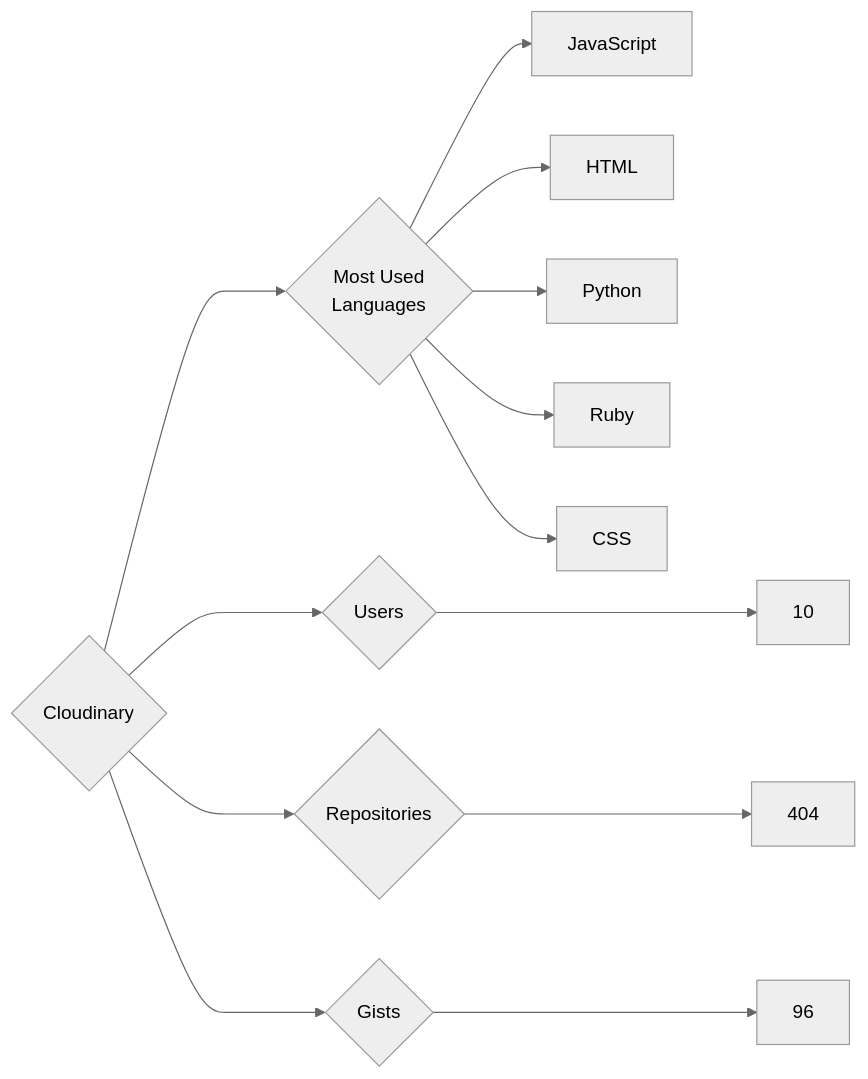
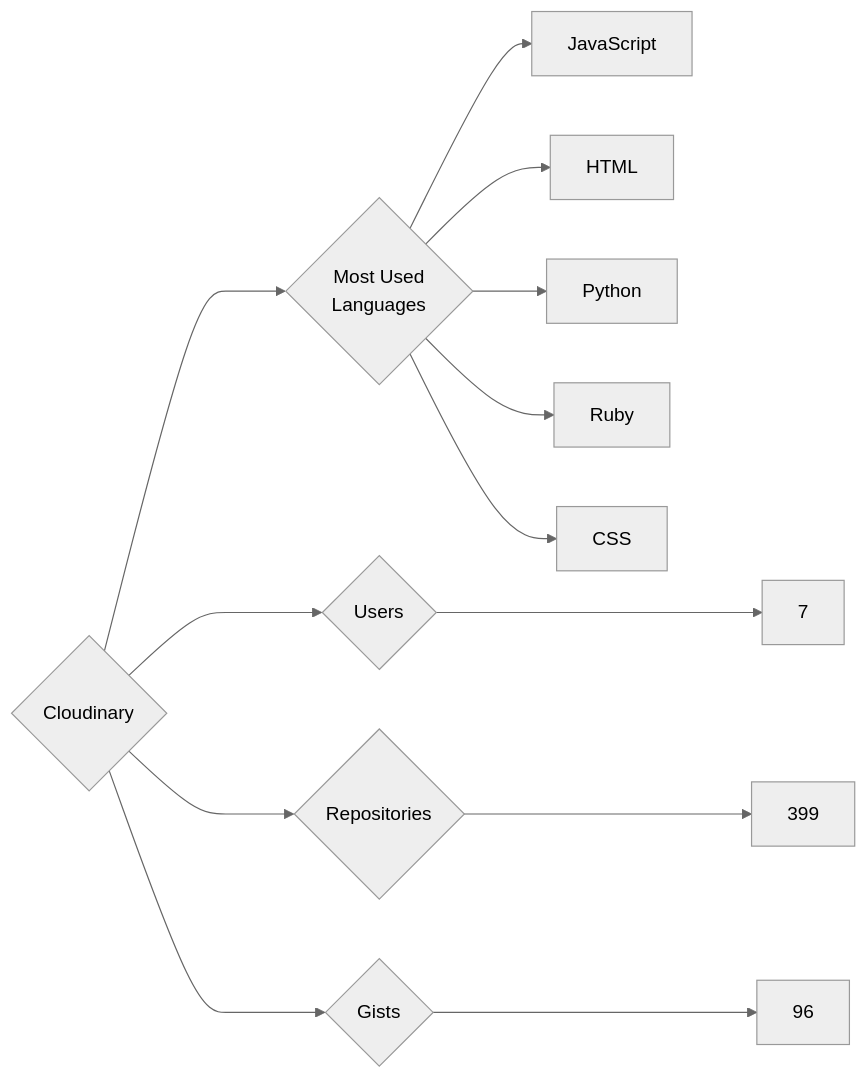
Before and after one commit to trickest/insiders: the diagram in targets/Cloudinary/README.md, drawn with Mermaid (neutral theme). The commit also changed 1036 other files, not shown here.

````diff
--- a/targets/Cloudinary/README.md
+++ b/targets/Cloudinary/README.md
@@ -3,13 +3,13 @@
 ```mermaid
 graph LR
 COMPANY_NAME{Cloudinary}
-COMPANY_NAME ---> U{Users} ---> UN[10]
-COMPANY_NAME ---> R{Repositories} ---> RN[404]
+COMPANY_NAME ---> U{Users} ---> UN[7]
+COMPANY_NAME ---> R{Repositories} ---> RN[399]
 COMPANY_NAME ---> G{Gists} ---> GN[96]
 COMPANY_NAME ---> ML{Most Used<br>Languages}
 ML --> JavaScript[JavaScript]
 ML --> HTML[HTML]
 ML --> Python[Python]
 ML --> Ruby[Ruby]
 ML --> CSS[CSS]
 ```
````
